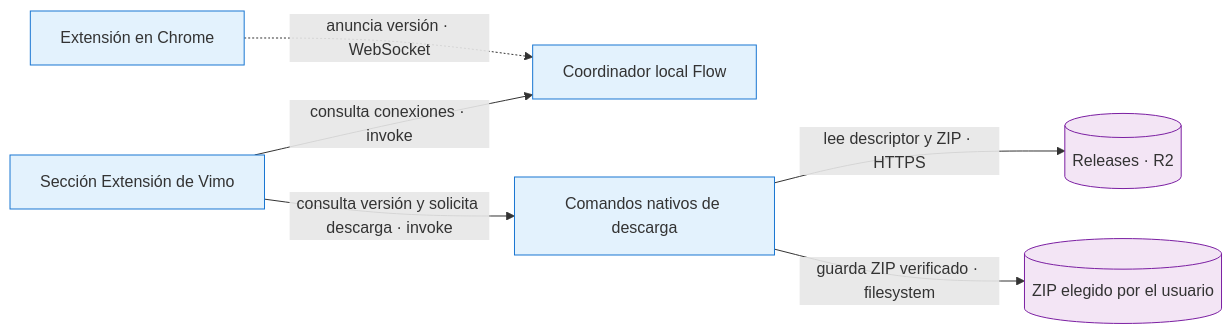
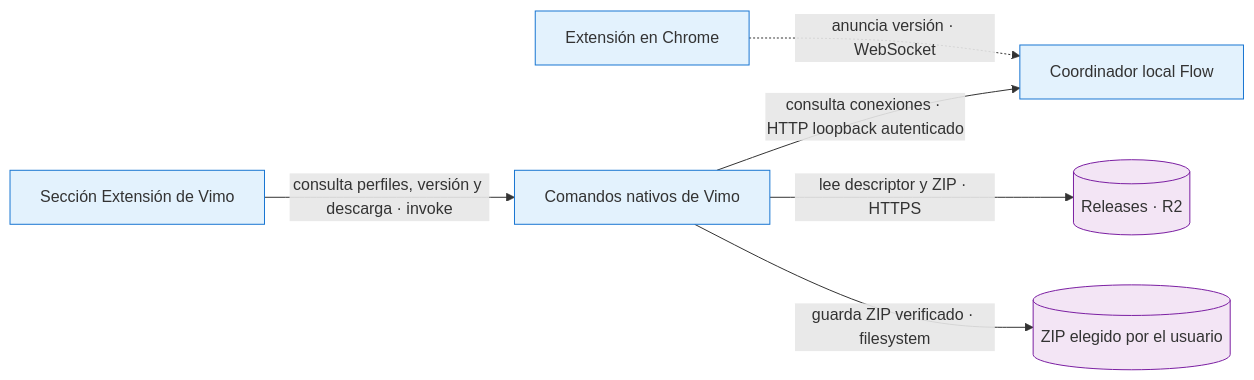
The diagram in docs/adr/ADR-0060-distribucion-versionada-de-extension.md (SCRIPZY-DEV/vimo), drawn with Mermaid before and after one commit. The commit also changed other lines of this file, not shown here.

First line of the commit message:
docs(extension): confirmar el alojamiento público y la descarga desde Vimo

````diff
--- a/docs/adr/ADR-0060-distribucion-versionada-de-extension.md
+++ b/docs/adr/ADR-0060-distribucion-versionada-de-extension.md
@@ -14,16 +14,16 @@
 ```mermaid
 flowchart LR
     ext["Extensión en Chrome"]:::propio
     bridge["Coordinador local Flow"]:::propio
     ui["Sección Extensión de Vimo"]:::propio
-    native["Comandos nativos de descarga"]:::propio
+    native["Comandos nativos de Vimo"]:::propio
     r2[("Releases · R2")]:::datos
     disk[("ZIP elegido por el usuario")]:::datos
     ext -.->|"anuncia versión · WebSocket"| bridge
-    ui -->|"consulta conexiones · invoke"| bridge
-    ui -->|"consulta versión y solicita descarga · invoke"| native
+    ui -->|"consulta perfiles, versión y descarga · invoke"| native
+    native -->|"consulta conexiones · HTTP loopback autenticado"| bridge
     native -->|"lee descriptor y ZIP · HTTPS"| r2
     native -->|"guarda ZIP verificado · filesystem"| disk
     classDef propio fill:#e3f2fd,stroke:#1976d2
     classDef datos fill:#f3e5f5,stroke:#7b1fa2
 ```
````
